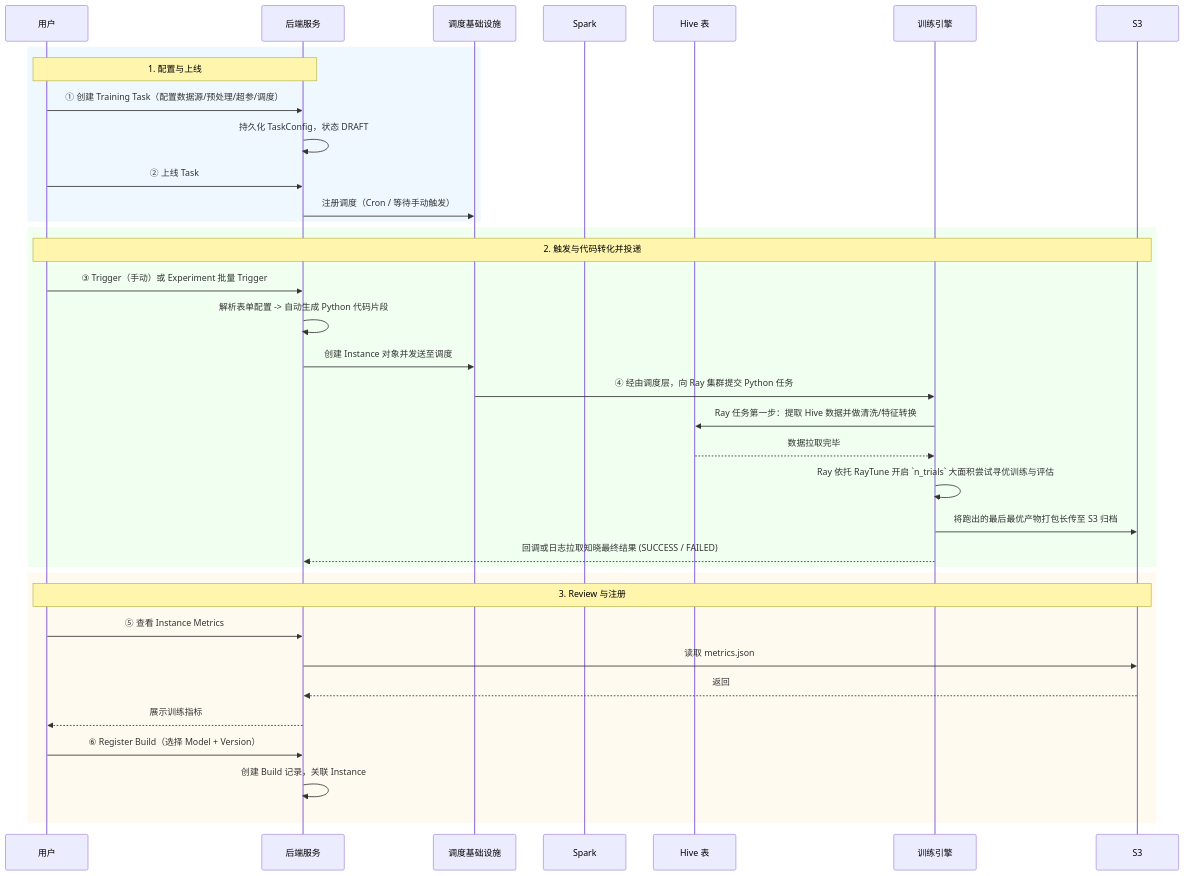
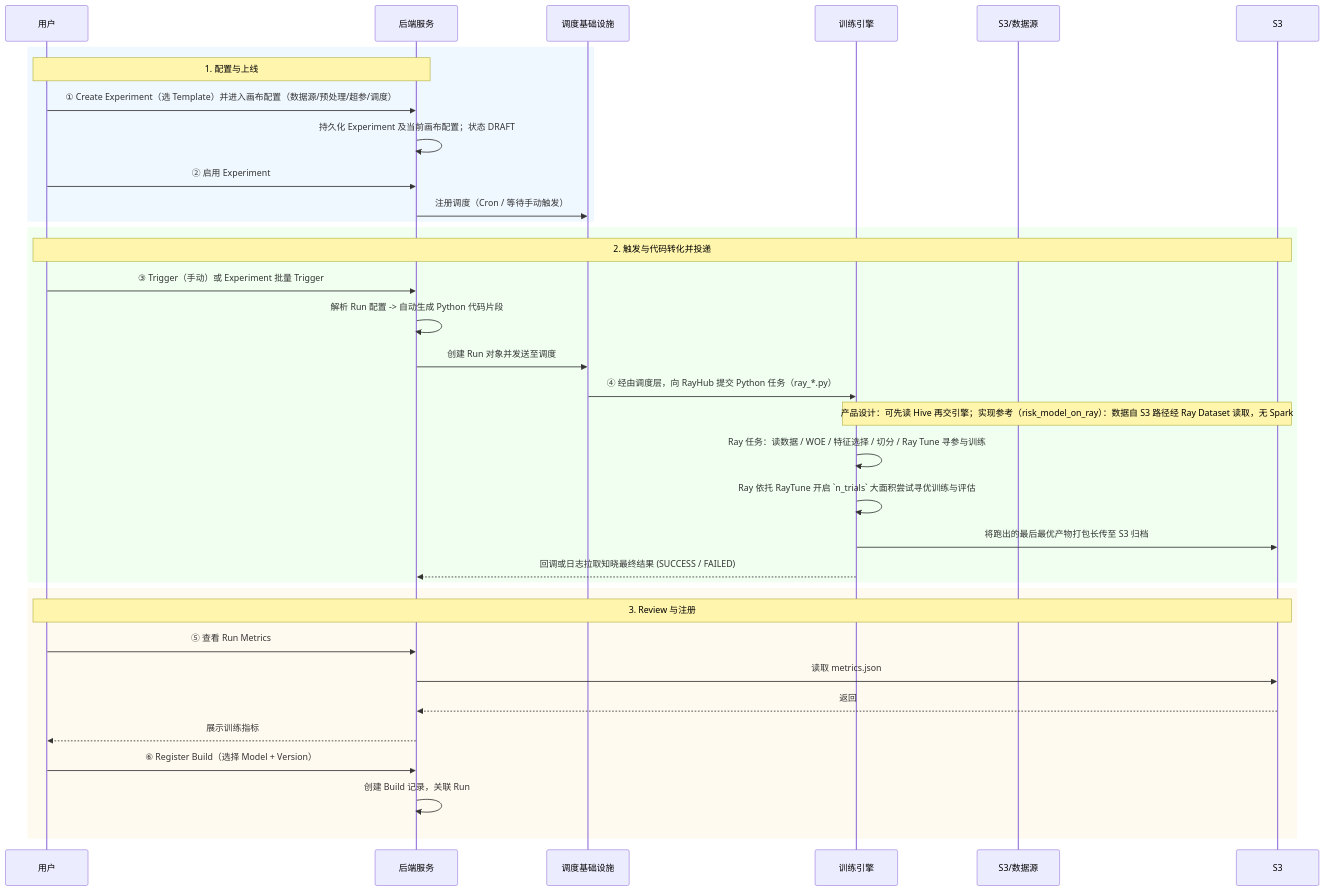
One commit to Cedric-Chan/ModelExperiment changed the fifth of 6 diagrams in docs/architecture/系统架构说明.md. Above: the diagram before and after it, drawn with Mermaid. The commit also changed other lines of this file and 92 other files, not shown here.

Commit message:
chore: sync docs, pipeline design, risk_model_on_ray and prototypes

````diff
--- a/docs/architecture/系统架构说明.md
+++ b/docs/architecture/系统架构说明.md
@@ -457,41 +459,40 @@
 ```mermaid
 sequenceDiagram
     participant User as 用户
     participant BE as 后端服务
     participant Sched as 调度基础设施
-    participant Spark as Spark
-    participant Hive as Hive 表
     participant Engine as 训练引擎
+    participant S3Store as S3/数据源
     participant S3 as S3
 
     rect rgb(240, 248, 255)
         Note over User,BE: 1. 配置与上线
-        User->>BE: ① 创建 Training Task（配置数据源/预处理/超参/调度）
-        BE->>BE: 持久化 TaskConfig，状态 DRAFT
-        User->>BE: ② 上线 Task
+        User->>BE: ① Create Experiment（选 Template）并进入画布配置（数据源/预处理/超参/调度）
+        BE->>BE: 持久化 Experiment 及当前画布配置；状态 DRAFT
+        User->>BE: ② 启用 Experiment
         BE->>Sched: 注册调度（Cron / 等待手动触发）
     end
 
     rect rgb(240, 255, 240)
         Note over User,S3: 2. 触发与代码转化并投递
         User->>BE: ③ Trigger（手动）或 Experiment 批量 Trigger
-        BE->>BE: 解析表单配置 -> 自动生成 Python 代码片段
-        BE->>Sched: 创建 Instance 对象并发送至调度
-        Sched->>Engine: ④ 经由调度层，向 Ray 集群提交 Python 任务
-        Engine->>Hive: Ray 任务第一步：提取 Hive 数据并做清洗/特征转换
-        Hive-->>Engine: 数据拉取完毕
+        BE->>BE: 解析 Run 配置 -> 自动生成 Python 代码片段
+        BE->>Sched: 创建 Run 对象并发送至调度
+        Sched->>Engine: ④ 经由调度层，向 RayHub 提交 Python 任务（ray_*.py）
+        Note over Engine,S3: 产品设计：可先读 Hive 再交引擎；实现参考（risk_model_on_ray）：数据自 S3 路径经 Ray Dataset 读取，无 Spark
+        Engine->>Engine: Ray 任务：读数据 / WOE / 特征选择 / 切分 / Ray Tune 寻参与训练
         Engine->>Engine: Ray 依托 RayTune 开启 `n_trials` 大面积尝试寻优训练与评估
         Engine->>S3: 将跑出的最后最优产物打包长传至 S3 归档
         Engine-->>BE: 回调或日志拉取知晓最终结果 (SUCCESS / FAILED)
     end
 
     rect rgb(255, 250, 240)
         Note over User,S3: 3. Review 与注册
-        User->>BE: ⑤ 查看 Instance Metrics
+        User->>BE: ⑤ 查看 Run Metrics
         BE->>S3: 读取 metrics.json
         S3-->>BE: 返回
         BE-->>User: 展示训练指标
         User->>BE: ⑥ Register Build（选择 Model + Version）
-        BE->>BE: 创建 Build 记录，关联 Instance
+        BE->>BE: 创建 Build 记录，关联 Run
     end
 ```
````
